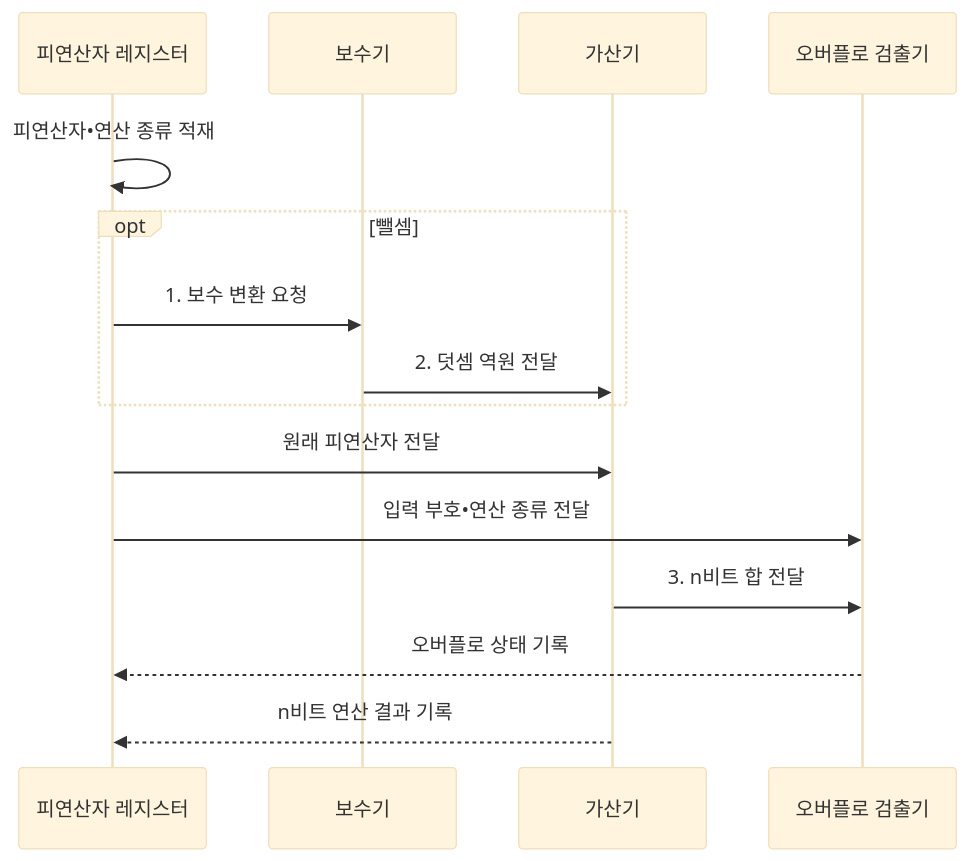
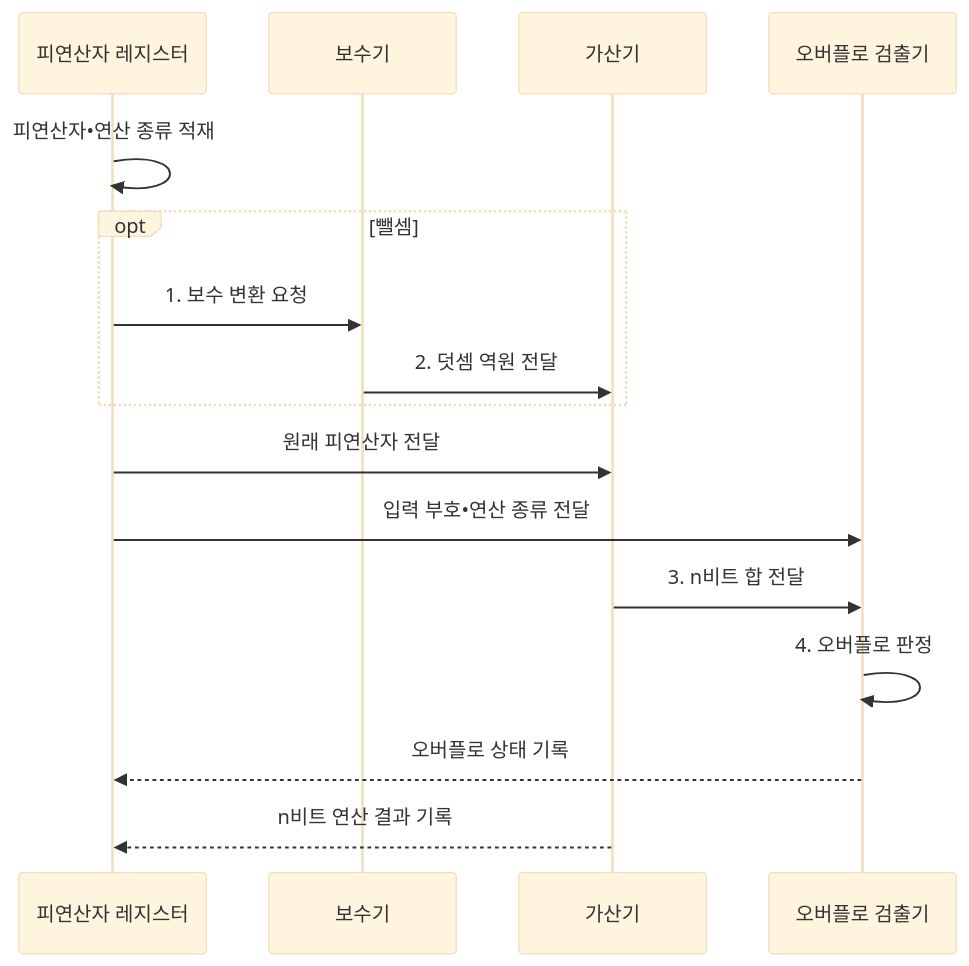
Before and after one commit to agnusdei1207/knowledge-base: the second of 2 diagrams in src/content/docs/notes/01-basic-theory/024_twos_complement.md, drawn with Mermaid (base theme). The commit also changed other lines of this file and 12 other files, not shown here.

````diff
--- a/src/content/docs/notes/01-basic-theory/024_twos_complement.md
+++ b/src/content/docs/notes/01-basic-theory/024_twos_complement.md
@@ -99,17 +99,18 @@
 ```mermaid
 sequenceDiagram
     participant R as 피연산자 레지스터
     participant C as 보수기
     participant A as 가산기
     participant V as 오버플로 검출기
     R->>R: 피연산자•연산 종류 적재
     opt 뺄셈
         R->>C: 1. 보수 변환 요청
         C->>A: 2. 덧셈 역원 전달
     end
     R->>A: 원래 피연산자 전달
     R->>V: 입력 부호•연산 종류 전달
     A->>V: 3. n비트 합 전달
+    V->>V: 4. 오버플로 판정
     V-->>R: 오버플로 상태 기록
     A-->>R: n비트 연산 결과 기록
 ```
````
